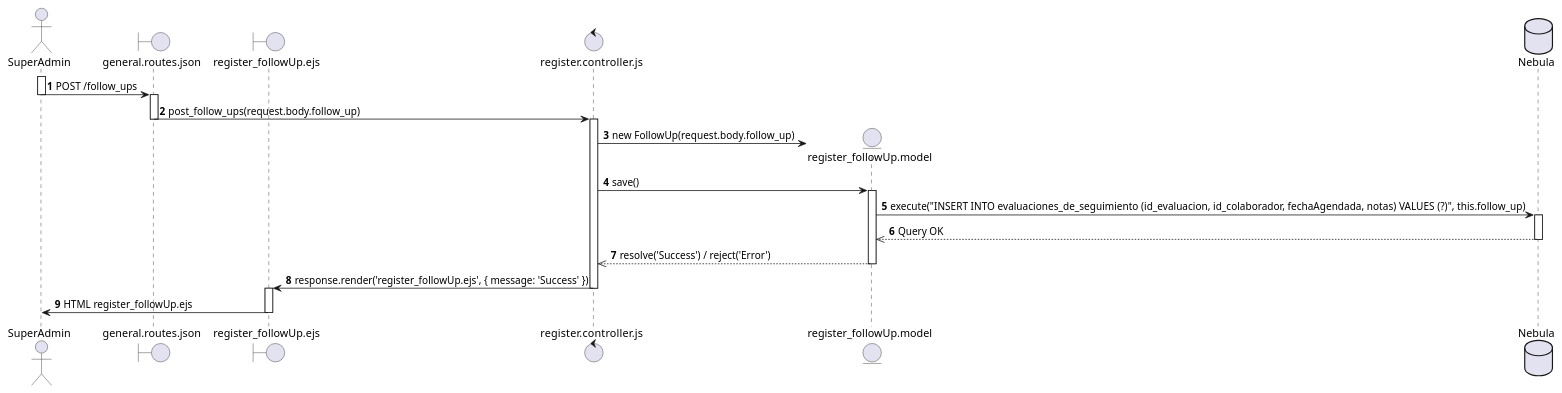
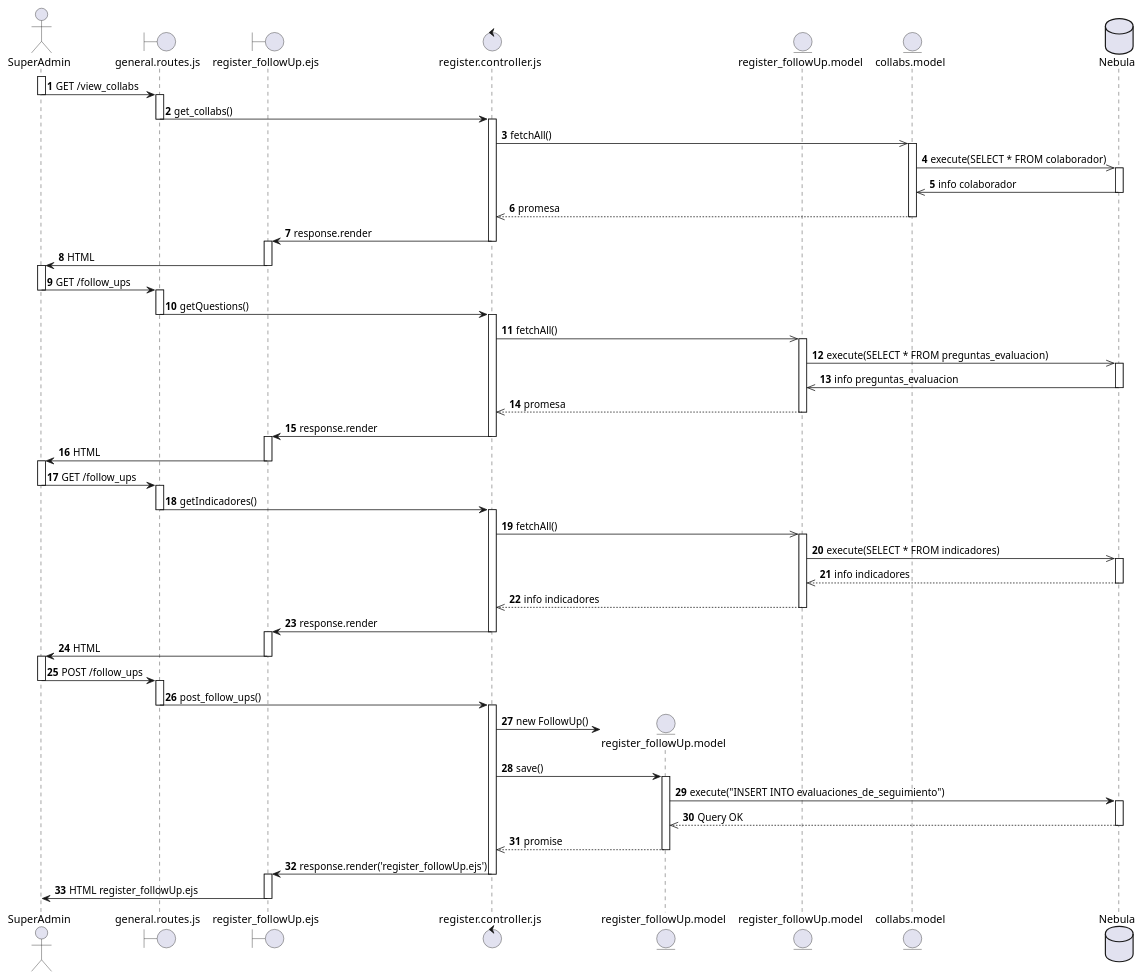
One commit to SALV19/Nebula_tc2005b changed the diagram in diagramas_secuencia/req26_register_followUp.puml. Above: the diagram before and after it, drawn with PlantUML.

Commit message:
[UPDATE] uml sequence diagram

```diff
--- a/diagramas_secuencia/req26_register_followUp.puml
+++ b/diagramas_secuencia/req26_register_followUp.puml
@@ -1,40 +1,125 @@
 @startuml REQ_26
 autonumber
 actor SuperAdmin as S
-boundary general.routes.json as Route
+boundary general.routes.js as Route
 boundary register_followUp.ejs as Register
 control register.controller.js as SController
 entity register_followUp.model as SModel
+entity register_followUp.model as Model
+entity collabs.model as cm
 database Nebula as db
+
+' --- GET COLLABS ---
+activate S
+S -> Route : GET /view_collabs
+deactivate S
+
+activate Route
+Route -> SController : get_collabs()
+deactivate Route
+
+activate SController
+SController ->> cm : fetchAll()
+
+activate cm
+cm ->> db : execute(SELECT * FROM colaborador)
+
+activate db
+db ->> cm : info colaborador
+deactivate db
+
+cm -->> SController : promesa
+deactivate cm 
+
+SController -> Register : response.render
+deactivate SController
+
+activate Register
+Register -> S : HTML
+deactivate Register
+
+
+' --- GET INFO OF QUESTIONS ---
+activate S
+S -> Route : GET /follow_ups
+deactivate S
+
+activate Route
+Route -> SController : getQuestions()
+deactivate Route
+
+activate SController
+SController ->> Model : fetchAll()
+
+activate Model 
+Model ->> db : execute(SELECT * FROM preguntas_evaluacion)
+activate db
+db ->> Model : info preguntas_evaluacion
+deactivate db
+
+Model -->> SController : promesa
+deactivate Model 
+SController -> Register : response.render
+deactivate SController
+
+activate Register
+Register -> S : HTML
+deactivate Register
+
+' --- GET INFO INDICADORES ---
+activate S
+S -> Route : GET /follow_ups
+deactivate S
+
+activate Route
+Route -> SController : getIndicadores()
+deactivate Route
+
+activate SController
+SController ->> Model : fetchAll()
+activate Model 
+Model ->> db : execute(SELECT * FROM indicadores)
+activate db
+db -->> Model : info indicadores
+deactivate db
+Model -->> SController : info indicadores
+deactivate Model 
+
+SController -> Register : response.render
+deactivate SController
+
+activate Register
+Register -> S : HTML
+deactivate Register
 
 ' ---- REGISTER FOLLOW UP ----
 activate S
 S -> Route : POST /follow_ups
 deactivate S
 
 activate Route
-Route -> SController : post_follow_ups(request.body.follow_up)
+Route -> SController : post_follow_ups()
 deactivate Route
 
 activate SController
 create SModel 
-SController -> SModel: new FollowUp(request.body.follow_up)
+SController -> SModel: new FollowUp()
 SController -> SModel : save()
 
 activate SModel
-SModel -> db : execute("INSERT INTO evaluaciones_de_seguimiento (id_evaluacion, id_colaborador, fechaAgendada, notas) VALUES (?)", this.follow_up)
+SModel -> db : execute("INSERT INTO evaluaciones_de_seguimiento")
 activate db
 db -->> SModel : Query OK
 deactivate db
 
-SModel -->> SController : resolve('Success') / reject('Error')
+SModel -->> SController : promise
 deactivate SModel
 
-SController -> Register : response.render('register_followUp.ejs', { message: 'Success' })
+SController -> Register : response.render('register_followUp.ejs')
 deactivate SController
 
 activate Register
 Register -> S : HTML register_followUp.ejs
 deactivate Register
 
 @enduml
```
